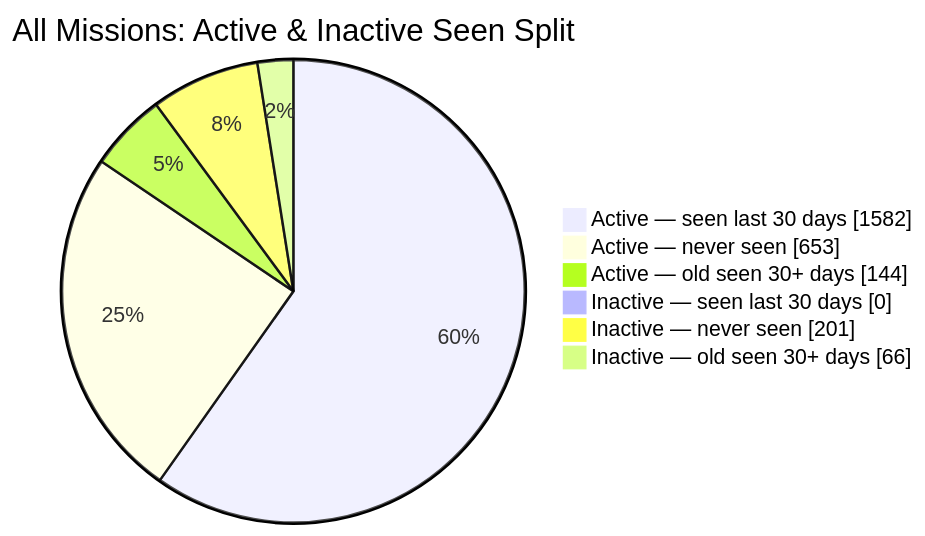
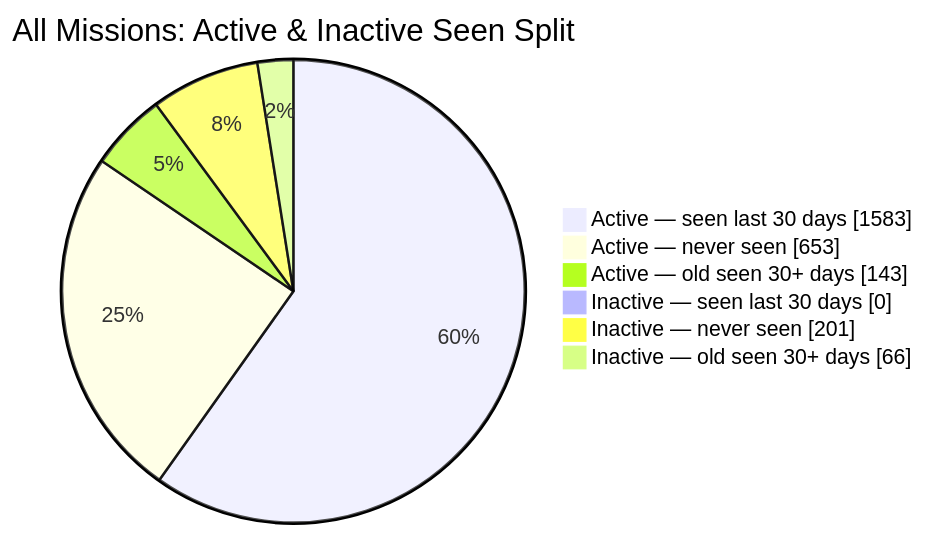
One commit to MeldkamerspelGameTeam/active-missions changed the second of 2 diagrams in README.md. Above: the diagram before and after it, drawn with Mermaid. The commit also changed other lines of this file and 2 other files, not shown here.

````diff
--- a/README.md
+++ b/README.md
@@ -44,10 +44,10 @@
 ```mermaid
 pie showData
     title All Missions: Active & Inactive Seen Split
-    "Active — seen last 30 days" : 1582
+    "Active — seen last 30 days" : 1583
     "Active — never seen" : 653
-    "Active — old seen 30+ days" : 144
+    "Active — old seen 30+ days" : 143
     "Inactive — seen last 30 days" : 0
     "Inactive — never seen" : 201
     "Inactive — old seen 30+ days" : 66
 ```
````
